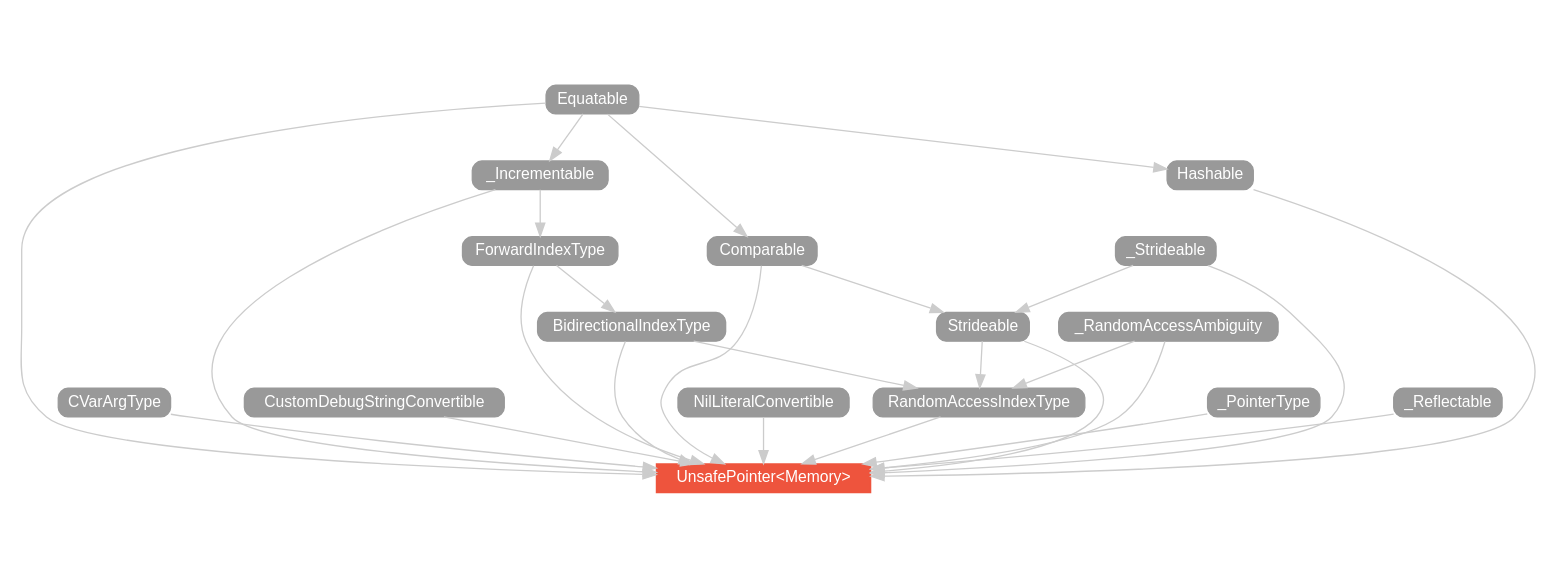
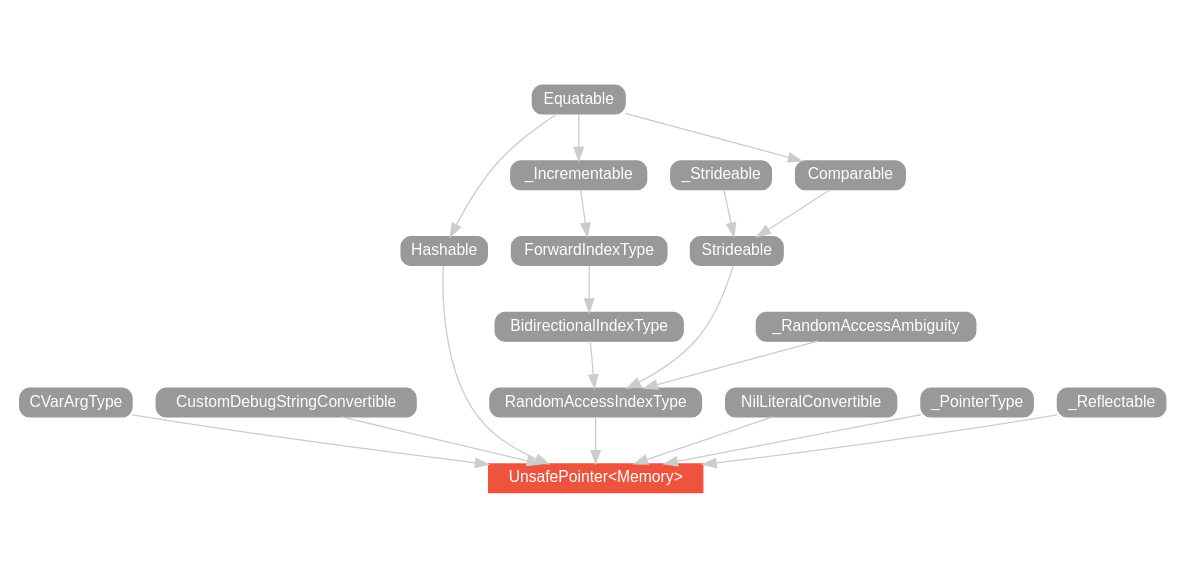
Before and after one commit to SwiftDoc/SwiftDoc.github.io: the diagram in v2.0/type/UnsafePointer/hierarchy/index.dot, drawn with Graphviz. The commit also changed 1932 other files, not shown here.

```diff
--- a/v2.0/type/UnsafePointer/hierarchy/index.dot
+++ b/v2.0/type/UnsafePointer/hierarchy/index.dot
@@ -1,58 +1,40 @@
 strict digraph "UnsafePointer<Memory> - Type Hierarchy - SwiftDoc.org" {
     pad="0.1,0.8"
     node [shape=box, style="filled,rounded", color="#999999", fillcolor="#999999", fontcolor=white, fontname=Helvetica, fontnames="Helvetica,sansserif", fontsize=12, margin="0.07,0.05", height="0.3"]
     edge [color="#cccccc"]
     "BidirectionalIndexType" [URL="/protocol/BidirectionalIndexType/"]
     "CVarArgType" [URL="/protocol/CVarArgType/"]
     "Comparable" [URL="/protocol/Comparable/"]
     "CustomDebugStringConvertible" [URL="/protocol/CustomDebugStringConvertible/"]
     "Equatable" [URL="/protocol/Equatable/"]
     "ForwardIndexType" [URL="/protocol/ForwardIndexType/"]
     "Hashable" [URL="/protocol/Hashable/"]
     "NilLiteralConvertible" [URL="/protocol/NilLiteralConvertible/"]
     "RandomAccessIndexType" [URL="/protocol/RandomAccessIndexType/"]
     "Strideable" [URL="/protocol/Strideable/"]
     "UnsafePointer<Memory>" [URL="/type/UnsafePointer/", style="filled", fillcolor="#ee543d", color="#ee543d"]
     "_Incrementable" [URL="/protocol/_Incrementable/"]
     "_PointerType" [URL="/protocol/_PointerType/"]
     "_RandomAccessAmbiguity" [URL="/protocol/_RandomAccessAmbiguity/"]
     "_Reflectable" [URL="/protocol/_Reflectable/"]
-    "_Strideable" [URL="/protocol/_Strideable/"]    "Equatable" -> "UnsafePointer<Memory>"
-    "Hashable" -> "UnsafePointer<Memory>"
+    "_Strideable" [URL="/protocol/_Strideable/"]    "Hashable" -> "UnsafePointer<Memory>"
     "NilLiteralConvertible" -> "UnsafePointer<Memory>"
     "_PointerType" -> "UnsafePointer<Memory>"
-    "BidirectionalIndexType" -> "UnsafePointer<Memory>"
-    "ForwardIndexType" -> "UnsafePointer<Memory>"
-    "_Incrementable" -> "UnsafePointer<Memory>"
     "RandomAccessIndexType" -> "UnsafePointer<Memory>"
-    "Strideable" -> "UnsafePointer<Memory>"
-    "Comparable" -> "UnsafePointer<Memory>"
-    "_Strideable" -> "UnsafePointer<Memory>"
-    "_RandomAccessAmbiguity" -> "UnsafePointer<Memory>"
     "CustomDebugStringConvertible" -> "UnsafePointer<Memory>"
     "_Reflectable" -> "UnsafePointer<Memory>"
     "CVarArgType" -> "UnsafePointer<Memory>"
     "Equatable" -> "Hashable"
-    "ForwardIndexType" -> "BidirectionalIndexType"
-    "_Incrementable" -> "ForwardIndexType"
-    "Equatable" -> "_Incrementable"
-    "_Incrementable" -> "ForwardIndexType"
-    "Equatable" -> "_Incrementable"
-    "Equatable" -> "_Incrementable"
     "BidirectionalIndexType" -> "RandomAccessIndexType"
     "Strideable" -> "RandomAccessIndexType"
     "_RandomAccessAmbiguity" -> "RandomAccessIndexType"
     "ForwardIndexType" -> "BidirectionalIndexType"
     "_Incrementable" -> "ForwardIndexType"
     "Equatable" -> "_Incrementable"
     "Comparable" -> "Strideable"
     "_Strideable" -> "Strideable"
     "Equatable" -> "Comparable"
-    "Comparable" -> "Strideable"
-    "_Strideable" -> "Strideable"
-    "Equatable" -> "Comparable"
-    "Equatable" -> "Comparable"
     subgraph Types {
         rank = max; "UnsafePointer<Memory>";
     }
 }
```
